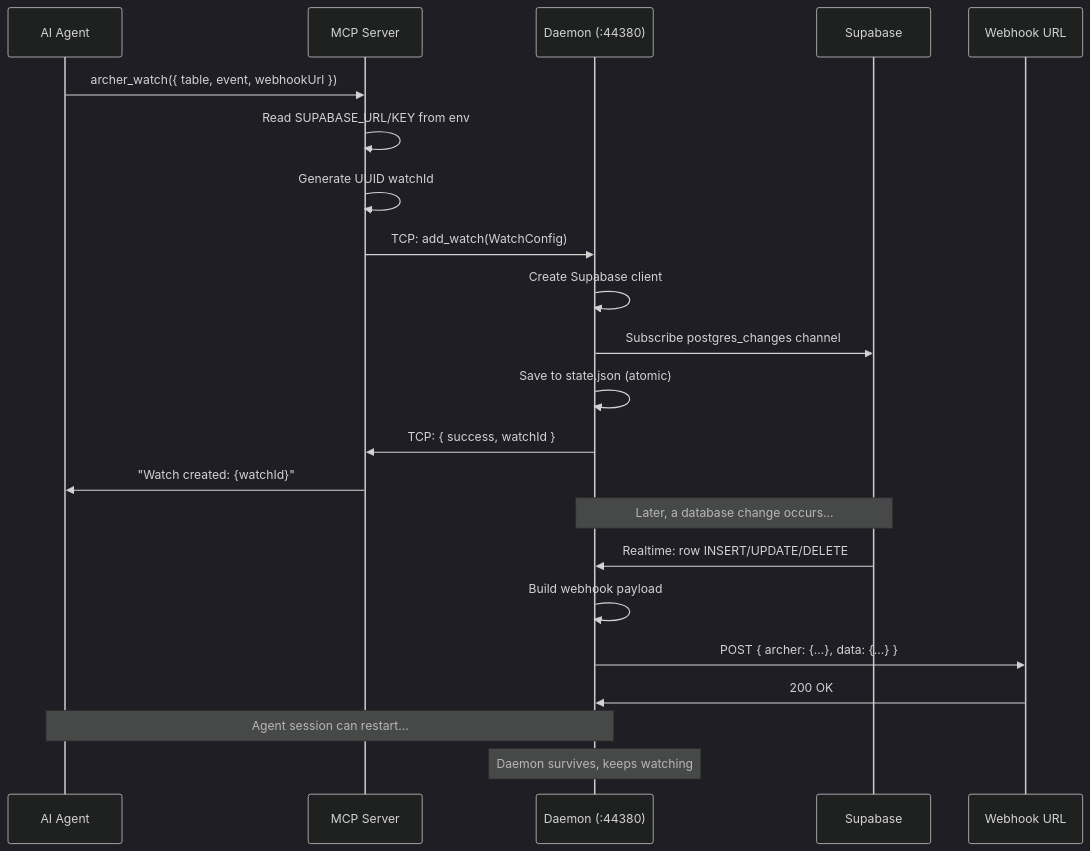
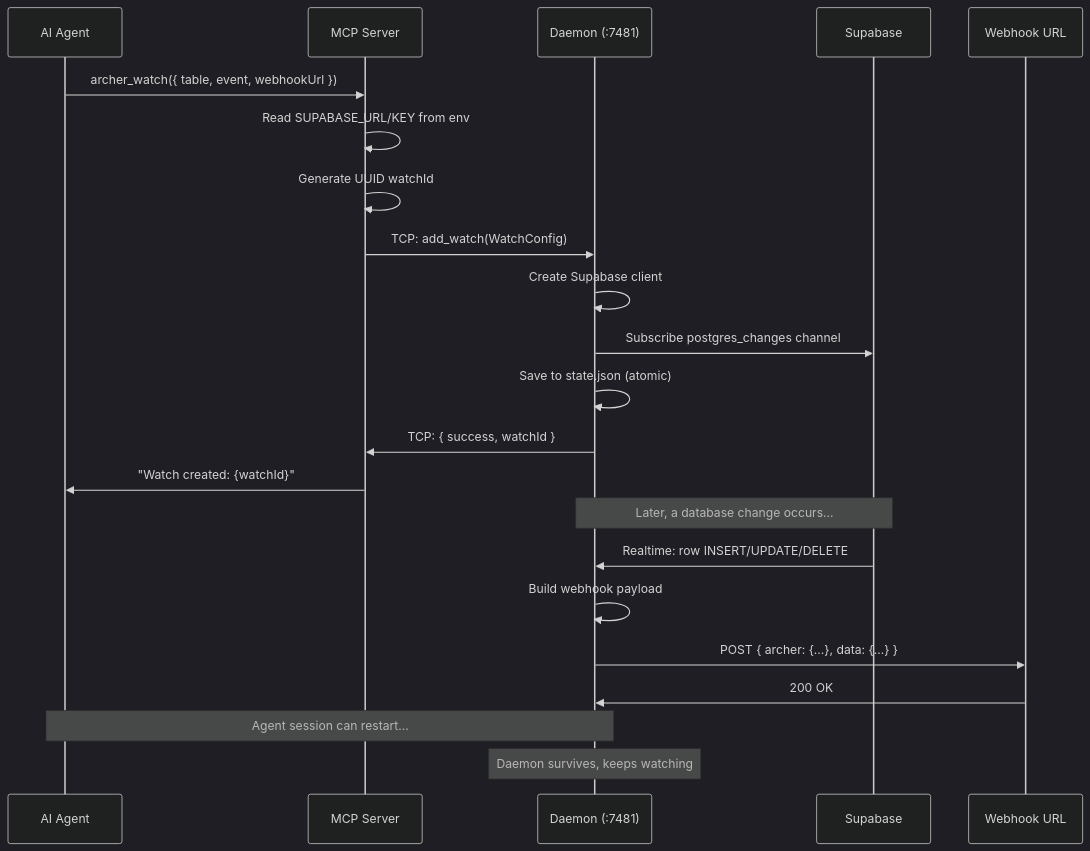
The second of 2 diagrams in ARCHITECTURE.md (amirlan-labs/archer-mcp), drawn with Mermaid (dark theme) before and after one commit. The commit also changed other lines of this file and 1 other file, not shown here.

First line of the commit message:
docs: Fix ARCHITECTURE.md port number and README webhookUrl requirement

````diff
--- a/ARCHITECTURE.md
+++ b/ARCHITECTURE.md
@@ -294,28 +294,28 @@
 ```mermaid
 sequenceDiagram
     participant Agent as AI Agent
     participant MCP as MCP Server
-    participant Daemon as Daemon (:44380)
+    participant Daemon as Daemon (:7481)
     participant SB as Supabase
     participant WH as Webhook URL
 
     Agent->>MCP: archer_watch({ table, event, webhookUrl })
     MCP->>MCP: Read SUPABASE_URL/KEY from env
     MCP->>MCP: Generate UUID watchId
     MCP->>Daemon: TCP: add_watch(WatchConfig)
     Daemon->>Daemon: Create Supabase client
     Daemon->>SB: Subscribe postgres_changes channel
     Daemon->>Daemon: Save to state.json (atomic)
     Daemon->>MCP: TCP: { success, watchId }
     MCP->>Agent: "Watch created: {watchId}"
 
     Note over SB,Daemon: Later, a database change occurs...
 
     SB->>Daemon: Realtime: row INSERT/UPDATE/DELETE
     Daemon->>Daemon: Build webhook payload
     Daemon->>WH: POST { archer: {...}, data: {...} }
     WH->>Daemon: 200 OK
 
     Note over Agent,Daemon: Agent session can restart...
     Note over Daemon: Daemon survives, keeps watching
 ```
````
